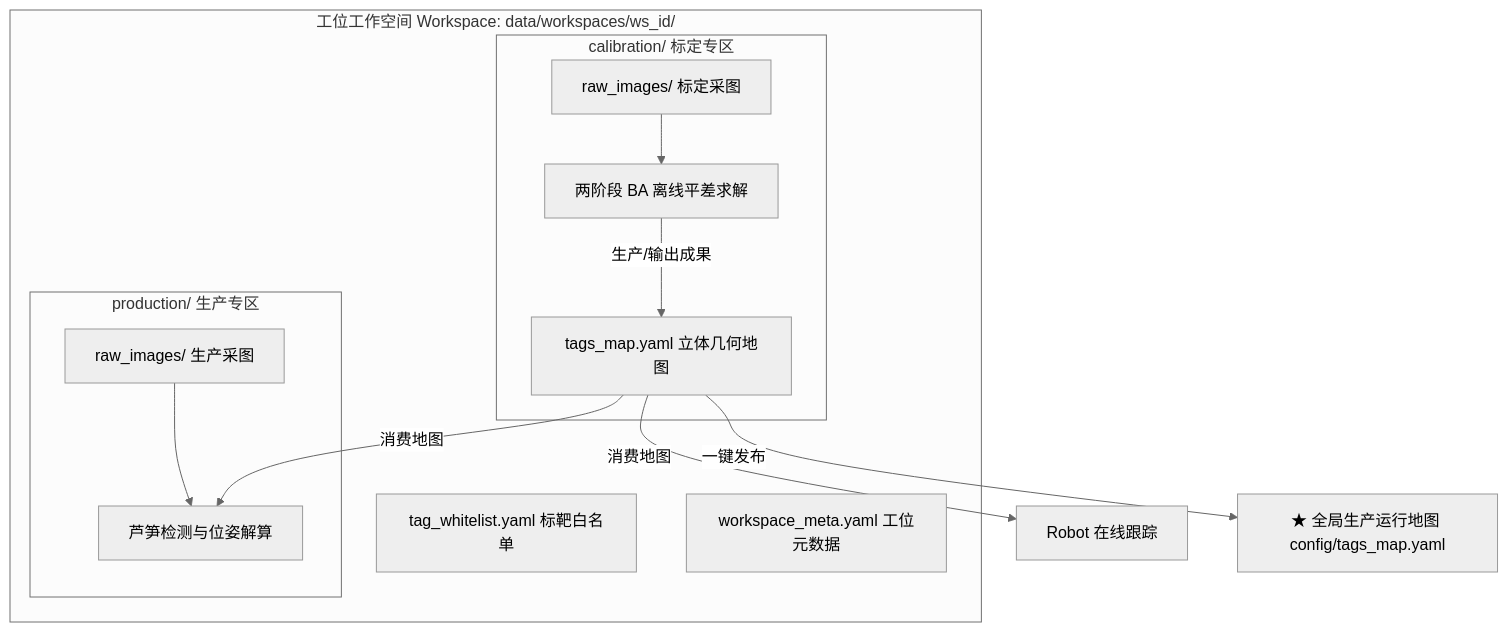
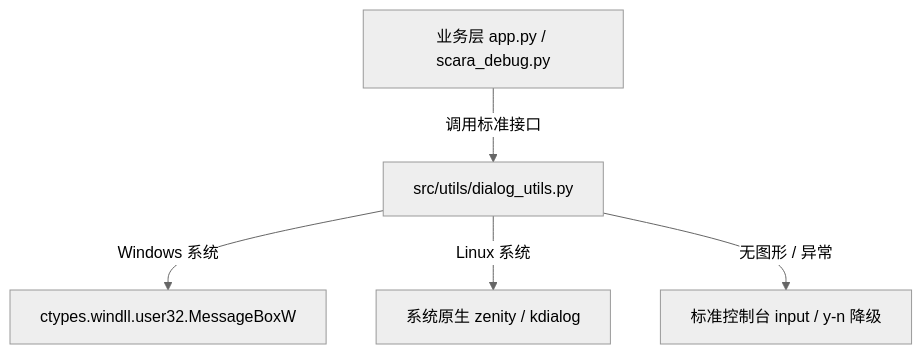
Before and after one commit to voicevon/flux_vision_3d: the diagram in docs/workspace_hub_guide.md, drawn with Mermaid (neutral theme). The commit also changed other lines of this file and 6 other files, not shown here.

````diff
--- a/docs/workspace_hub_guide.md
+++ b/docs/workspace_hub_guide.md
@@ -23,21 +106,8 @@
 ```mermaid
 flowchart TD
-    subgraph WS[工位工作空间 Workspace: data/workspaces/ws_id/]
-        M[tags_map.yaml 立体几何地图]
-        W[tag_whitelist.yaml 标靶白名单]
-        Meta[workspace_meta.yaml 工位元数据]
-
-        subgraph CALIB[calibration/ 标定专区]
-            CI[raw_images/ 标定采图] --> BA[两阶段 BA 离线平差求解]
-            BA -->|生产/输出成果| M
-        end
-
-        subgraph PROD[production/ 生产专区]
-            PI[raw_images/ 生产采图] --> DET[芦笋检测与位姿解算]
-        end
-    end
-
-    M -->|消费地图| DET
-    M -->|消费地图| TRK[Robot 在线跟踪]
-    M -->|一键发布| GPROD[★ 全局生产运行地图 config/tags_map.yaml]
+    App[业务层 app.py / scara_debug.py] -->|调用标准接口| DU[src/utils/dialog_utils.py]
+    
+    DU -->|Windows 系统| WIN[ctypes.windll.user32.MessageBoxW]
+    DU -->|Linux 系统| LNX[系统原生 zenity / kdialog]
+    DU -->|无图形 / 异常| CLI[标准控制台 input / y-n 降级]
 ```
````
